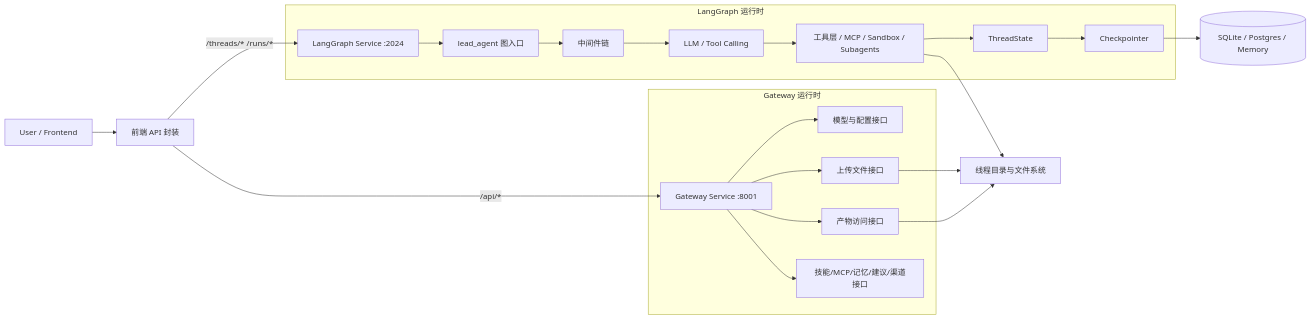
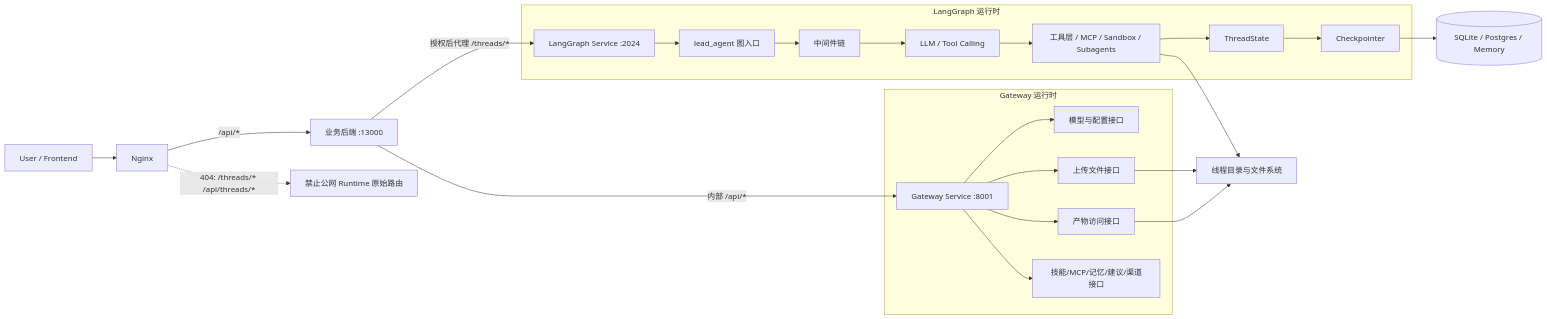
The first of 7 diagrams in docs/Gateway与LangGraph架构技术文档.md (changqingla/Lumen), drawn with Mermaid before and after one commit. The commit also changed other lines of this file and 481 other files, not shown here.

````diff
--- a/docs/Gateway与LangGraph架构技术文档.md
+++ b/docs/Gateway与LangGraph架构技术文档.md
@@ -53,28 +55,29 @@
 ```mermaid
 flowchart LR
-    U[User / Frontend] --> P[前端 API 封装]
-
-    P -->|/threads/* /runs/*| LG[LangGraph Service :2024]
-    P -->|/api/*| GW[Gateway Service :8001]
+    U[User / Frontend] --> N[Nginx]
+    N -->|/api/*| API[业务后端 :13000]
+    N -.->|404: /threads/* /api/threads/*| DENY[禁止公网 Runtime 原始路由]
+    API -->|授权后代理 /threads/*| LG[LangGraph Service :2024]
+    API -->|内部 /api/*| GW[Gateway Service :8001]
 
     subgraph LG_RUNTIME[LangGraph 运行时]
         LG --> AG[lead_agent 图入口]
         AG --> MW[中间件链]
         MW --> MODEL[LLM / Tool Calling]
         MODEL --> TOOLS[工具层 / MCP / Sandbox / Subagents]
         TOOLS --> STATE[ThreadState]
         STATE --> CKPT[Checkpointer]
     end
 
     subgraph GW_RUNTIME[Gateway 运行时]
         GW --> MODELS[模型与配置接口]
         GW --> UPLOADS[上传文件接口]
         GW --> ARTIFACTS[产物访问接口]
         GW --> SKILLS[技能/MCP/记忆/建议/渠道接口]
     end
 
     UPLOADS --> FS[线程目录与文件系统]
     ARTIFACTS --> FS
     TOOLS --> FS
     CKPT --> DB[(SQLite / Postgres / Memory)]
 ```
````
